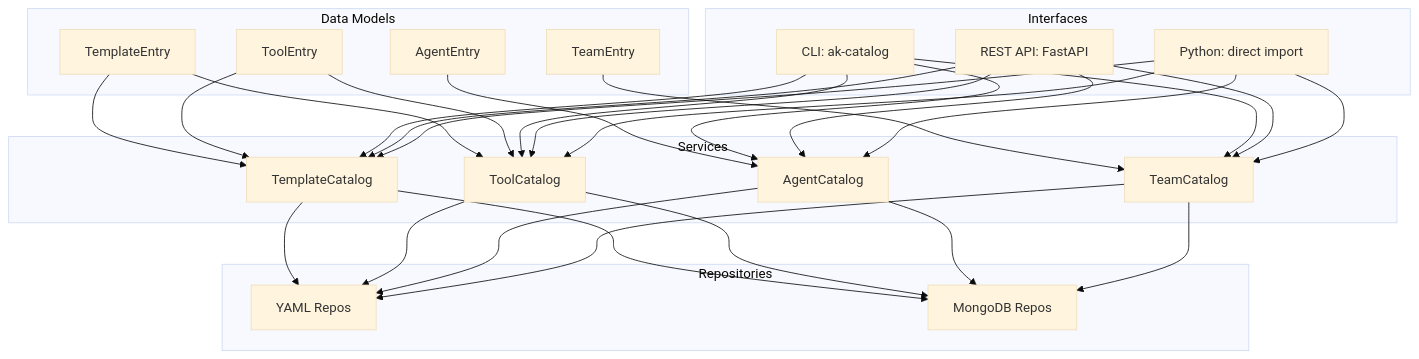
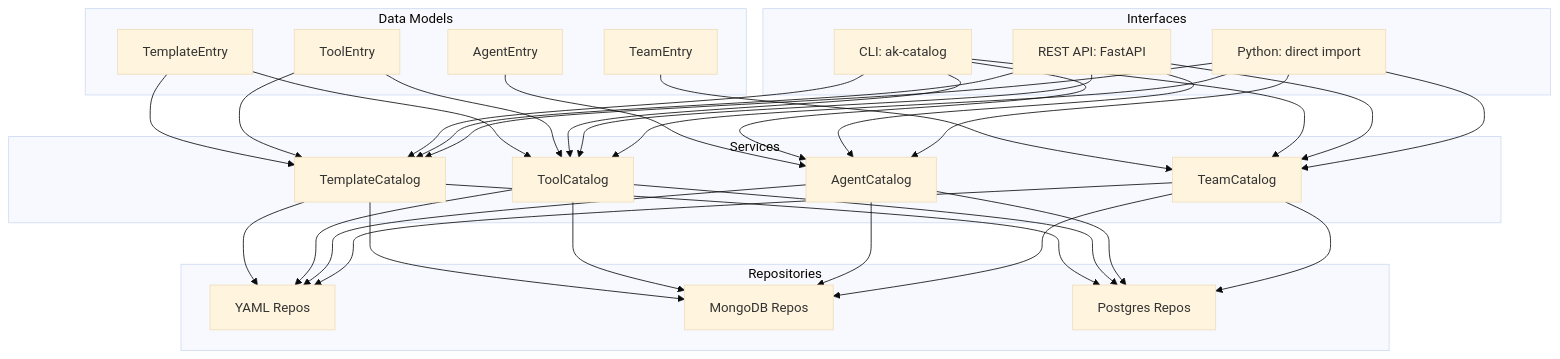
One commit to b12consulting/akgentic-catalog changed the second of 2 diagrams in README.md. Above: the diagram before and after it, drawn with Mermaid (base theme). The commit also changed other lines of this file and 3 other files, not shown here.

````diff
--- a/README.md
+++ b/README.md
@@ -201,32 +206,33 @@
 ```mermaid
 flowchart TD
     subgraph "Data Models"
         TE[TemplateEntry]
         OE[ToolEntry]
         AE[AgentEntry]
         TS[TeamEntry]
     end
     subgraph "Repositories"
         YR[YAML Repos]
         MR[MongoDB Repos]
+        PR[Postgres Repos]
     end
     subgraph "Services"
         TCS[TemplateCatalog]
         OCS[ToolCatalog]
         ACS[AgentCatalog]
         MCS[TeamCatalog]
     end
     subgraph "Interfaces"
         CLIBOX[CLI: ak-catalog]
         APIBOX[REST API: FastAPI]
         PYBOX[Python: direct import]
     end
 
     TE & OE --> TCS & OCS
     AE --> ACS
     TS --> MCS
-    TCS & OCS --> YR & MR
-    ACS --> YR & MR
-    MCS --> YR & MR
+    TCS & OCS --> YR & MR & PR
+    ACS --> YR & MR & PR
+    MCS --> YR & MR & PR
     CLIBOX & APIBOX & PYBOX --> TCS & OCS & ACS & MCS
 ```
````
